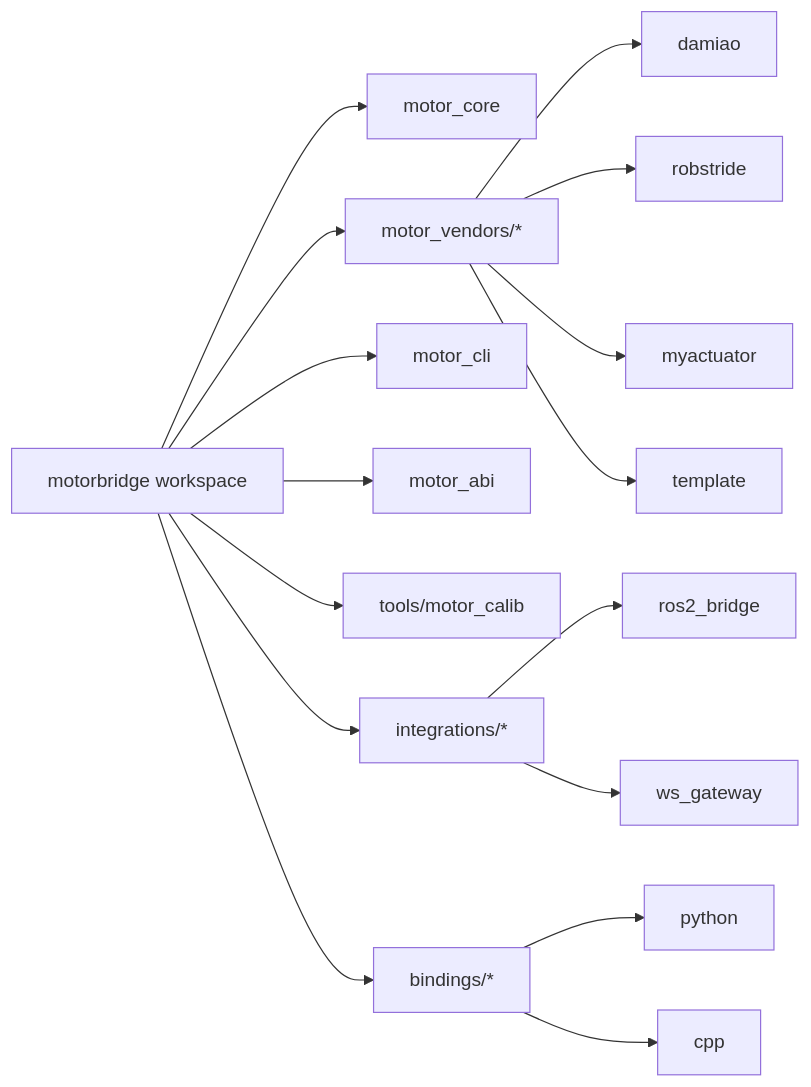
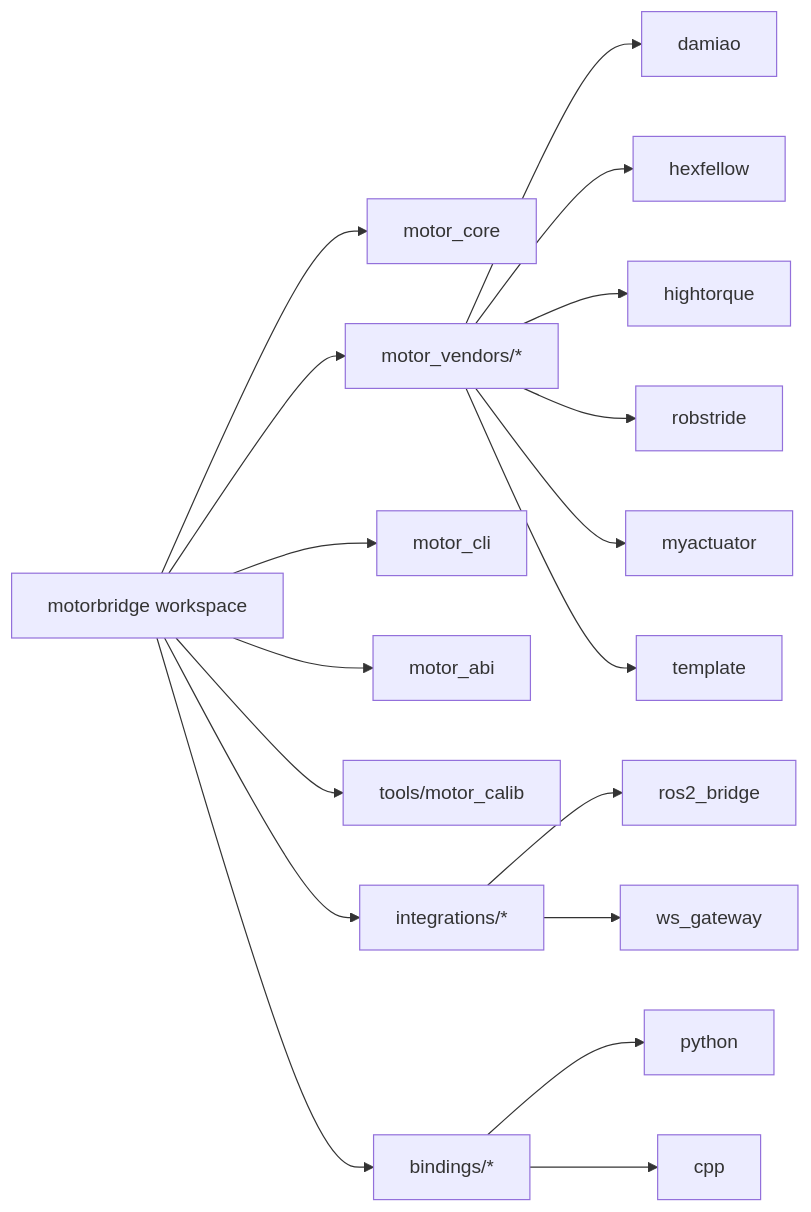
Before and after one commit to tianrking/motorbridge: the second of 2 diagrams in README.md, drawn with Mermaid. The commit also changed other lines of this file and 3 other files, not shown here.

Commit message:
docs: align unified interface support for damiao hexfellow and hightorque

````diff
--- a/README.md
+++ b/README.md
@@ -57,18 +57,20 @@
 ```mermaid
 flowchart LR
   ROOT["motorbridge workspace"] --> CORE["motor_core"]
   ROOT --> VENDORS["motor_vendors/*"]
   ROOT --> CLI["motor_cli"]
   ROOT --> ABI["motor_abi"]
   ROOT --> TOOLS["tools/motor_calib"]
   ROOT --> INTS["integrations/*"]
   ROOT --> BIND["bindings/*"]
   VENDORS --> VD["damiao"]
+  VENDORS --> VH["hexfellow"]
+  VENDORS --> VHT["hightorque"]
   VENDORS --> VR["robstride"]
   VENDORS --> VM["myactuator"]
   VENDORS --> VT["template"]
   INTS --> ROS["ros2_bridge"]
   INTS --> WS["ws_gateway"]
   BIND --> PY["python"]
   BIND --> CPP["cpp"]
 ```
````
